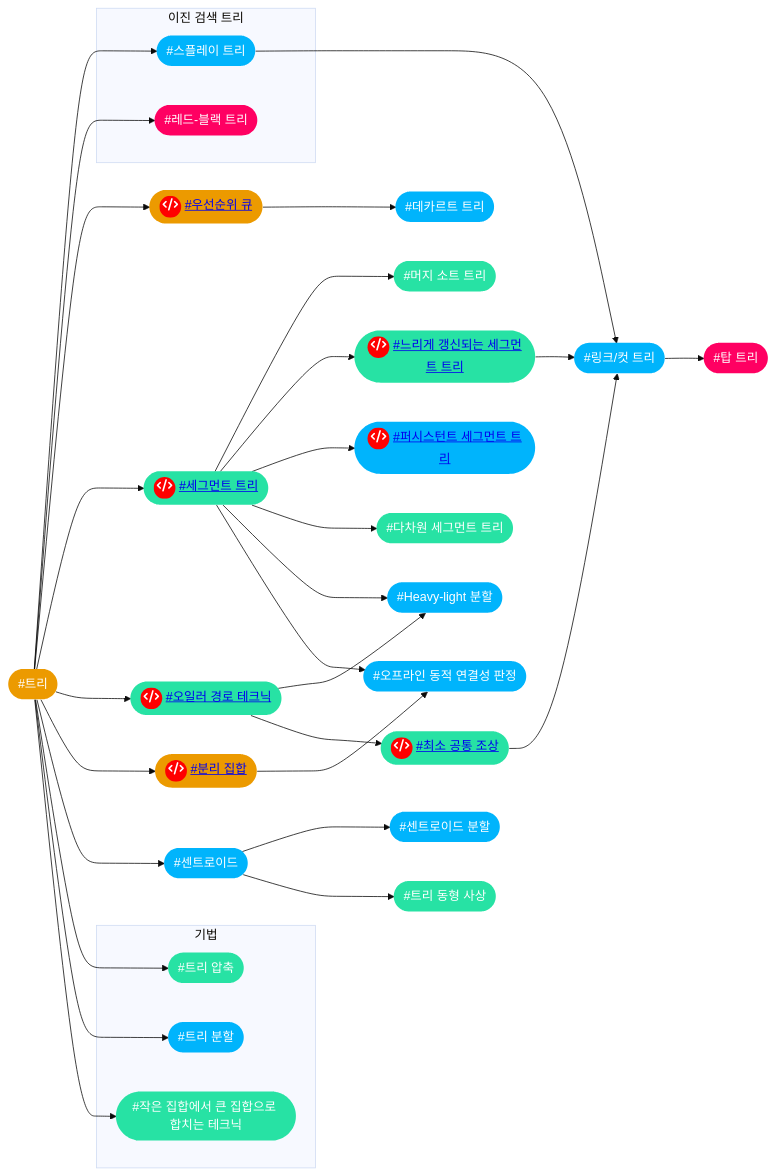
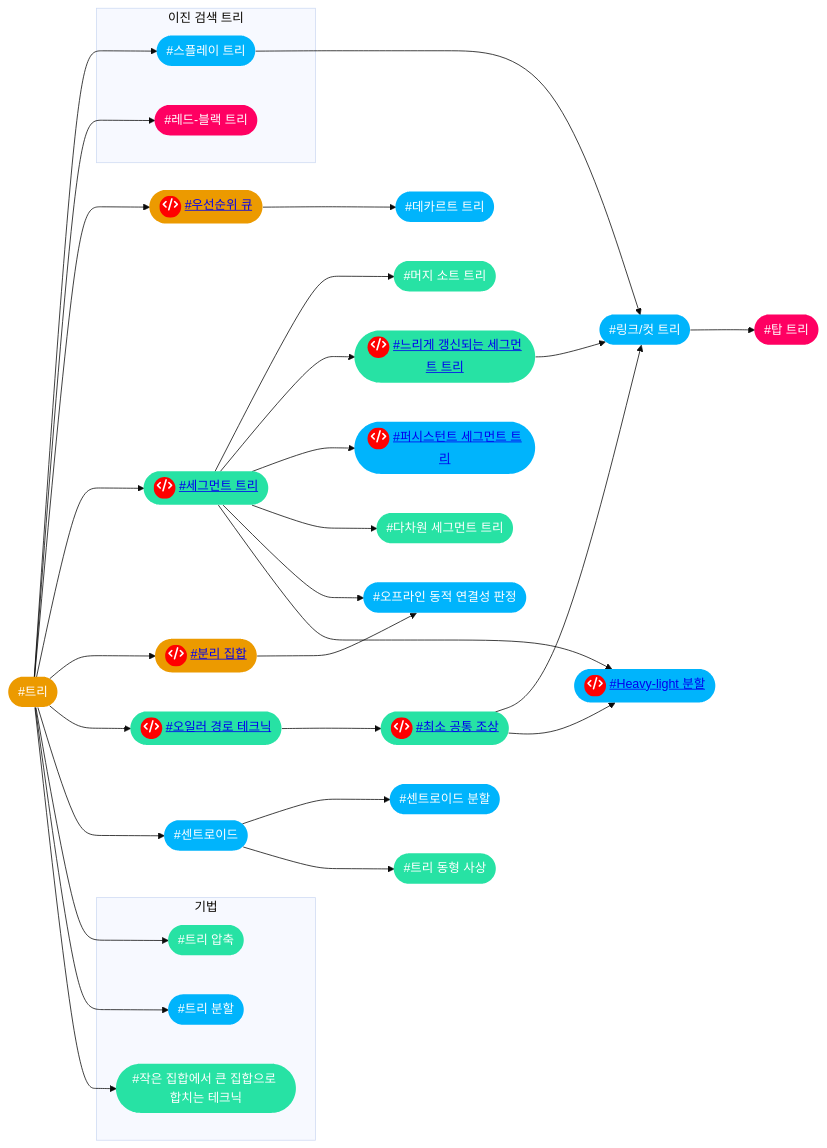
The sixth of 17 diagrams in index.md (CHOYUNSIG/algorithm_with_boj), drawn with Mermaid (base theme) before and after one commit. The commit also changed 13 other files, not shown here.

```diff
--- a/index.md
+++ b/index.md
@@ -217,72 +217,72 @@
 <pre class="mermaid">
     graph LR
 
     #trees --> #splay_tree
     #trees --> #rb_tree
     #trees --> #priority_queue
     #trees --> #segtree
+    #trees --> #disjoint_set
     #trees --> #euler_tour_technique
-    #trees --> #disjoint_set
     #trees --> #centroid
     #trees --> #tree_compression
     #trees --> #tree_decomposition
     #trees --> #smaller_to_larger
     #priority_queue --> #cartesian_tree
     #lca --> #link_cut_tree
+    #lca --> #hld
     #centroid --> #centroid_decomposition
     #centroid --> #tree_isomorphism
     #splay_tree --> #link_cut_tree
     #link_cut_tree --> #top_tree
     #segtree --> #merge_sort_tree
     #segtree --> #lazyprop
     #segtree --> #pst
     #segtree --> #multi_segtree
+    #segtree --> #offline_dynamic_connectivity
     #segtree --> #hld
-    #segtree --> #offline_dynamic_connectivity
-    #euler_tour_technique --> #hld
     #euler_tour_technique --> #lca
     #lazyprop --> #link_cut_tree
     #disjoint_set --> #offline_dynamic_connectivity
 
     subgraph 이진 검색 트리
         #splay_tree
         #rb_tree
     end
 
     subgraph 기법
         #tree_compression
         #tree_decomposition
         #smaller_to_larger
     end
 
-    #hld(["#Heavy-light 분할"]):::tier4
+    #hld(["<span style="background-color: red; border-radius: 50%; display:inline-block; width:28px; height:28px">fa:fa-code</span> <a href="post/2024/01/31/hld.html">#Heavy-light 분할</a>"]):::tier4
     #lazyprop(["<span style="background-color: red; border-radius: 50%; display:inline-block; width:28px; height:28px">fa:fa-code</span> <a href="post/2024/01/29/lazyprop.html">#느리게 갱신되는 세그먼트 트리</a>"]):::tier3
     #multi_segtree(["#다차원 세그먼트 트리"]):::tier3
     #cartesian_tree(["#데카르트 트리"]):::tier4
     #rb_tree(["#레드-블랙 트리"]):::tier5
     #link_cut_tree(["#링크/컷 트리"]):::tier4
     #merge_sort_tree(["#머지 소트 트리"]):::tier3
     #disjoint_set(["<span style="background-color: red; border-radius: 50%; display:inline-block; width:28px; height:28px">fa:fa-code</span> <a href="post/2024/01/13/disjoint_set.html">#분리 집합</a>"]):::tier2
     #segtree(["<span style="background-color: red; border-radius: 50%; display:inline-block; width:28px; height:28px">fa:fa-code</span> <a href="post/2024/01/11/segtree.html">#세그먼트 트리</a>"]):::tier3
     #centroid(["#센트로이드"]):::tier4
     #centroid_decomposition(["#센트로이드 분할"]):::tier4
     #splay_tree(["#스플레이 트리"]):::tier4
     #euler_tour_technique(["<span style="background-color: red; border-radius: 50%; display:inline-block; width:28px; height:28px">fa:fa-code</span> <a href="post/2024/01/18/euler_tour_technique.html">#오일러 경로 테크닉</a>"]):::tier3
     #offline_dynamic_connectivity(["#오프라인 동적 연결성 판정"]):::tier4
     #priority_queue(["<span style="background-color: red; border-radius: 50%; display:inline-block; width:28px; height:28px">fa:fa-code</span> <a href="post/2024/01/15/priority_queue.html">#우선순위 큐</a>"]):::tier2
     #smaller_to_larger(["#작은 집합에서 큰 집합으로 합치는 테크닉"]):::tier3
     #lca(["<span style="background-color: red; border-radius: 50%; display:inline-block; width:28px; height:28px">fa:fa-code</span> <a href="post/2024/01/20/lca.html">#최소 공통 조상</a>"]):::tier3
     #top_tree(["#탑 트리"]):::tier5
     #trees(["#트리"]):::tier2
     #tree_isomorphism(["#트리 동형 사상"]):::tier3
     #tree_decomposition(["#트리 분할"]):::tier4
     #tree_compression(["#트리 압축"]):::tier3
     #pst(["<span style="background-color: red; border-radius: 50%; display:inline-block; width:28px; height:28px">fa:fa-code</span> <a href="post/2024/01/30/pst.html">#퍼시스턴트 세그먼트 트리</a>"]):::tier4
 
     classDef tier0 fill:#ad5600, color:#fff, stroke:#0000
     classDef tier1 fill:#435f7a, color:#fff, stroke:#0000
     classDef tier2 fill:#ec9a00, color:#fff, stroke:#0000
     classDef tier3 fill:#27e2a4, color:#fff, stroke:#0000
     classDef tier4 fill:#00b4fc, color:#fff, stroke:#0000
     classDef tier5 fill:#ff0062, color:#fff, stroke:#0000
 </pre>
```
